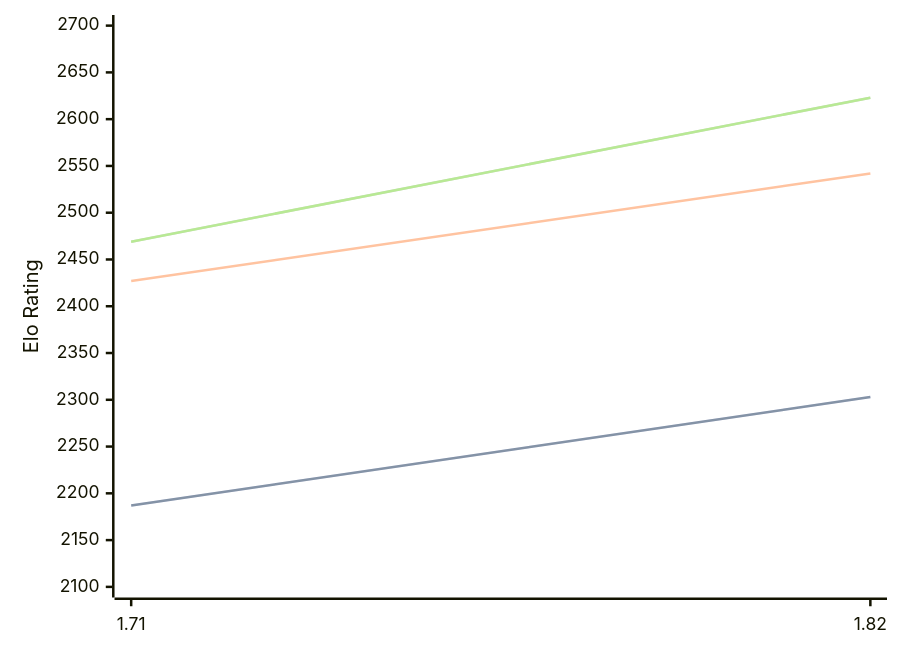
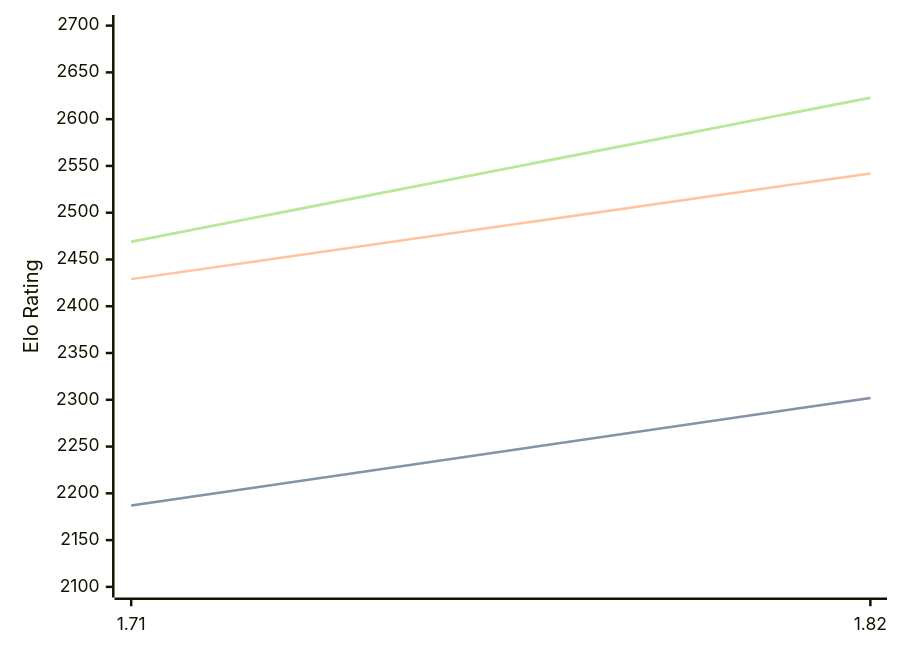
Before and after one commit to computer-chess-index/cci: the diagram in engines/Amira.md, drawn with Mermaid. The commit also changed other lines of this file, not shown here.

````diff
--- a/engines/Amira.md
+++ b/engines/Amira.md
@@ -32,11 +32,11 @@
 ```mermaid
 %%{init: {"theme":"base","themeVariables":{"seriesColors:['#a3a3a3','#222221','#faa371']}}}%%
 xychart-beta
   x-axis ["1.71", "1.82"]
   y-axis "Elo Rating" 2100 --> 2700
-  line "" [2187, 2303]
-  line "STC (8.0+0.08s)" [2187, 2303]
-  line "LTC (60.0+0.60s)" [2427, 2542]
+  line "" [2187, 2302]
+  line "STC (8.0+0.08s)" [2187, 2302]
+  line "LTC (60.0+0.60s)" [2429, 2542]
   line "" [2469, 2623]
   line "VLTC (2m24s+1.12s)" [2469, 2623]
 ```
````
